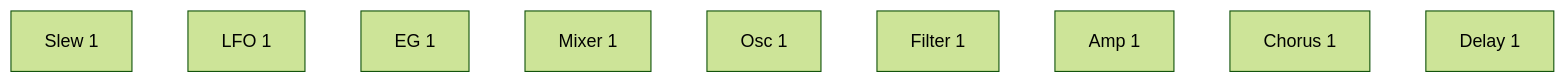
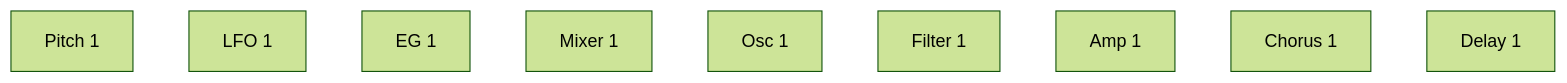
The second of 6 diagrams in spms1_type2/README.ja.md (risgk/midi_synthesizer_spms1), drawn with Mermaid (forest theme) before and after one commit. The commit also changed other lines of this file and 8 other files, not shown here.

First line of the commit message:
type-2: Rename Slew 1 to Pitch 1, and its Time to Portamento Time

````diff
--- a/spms1_type2/README.ja.md
+++ b/spms1_type2/README.ja.md
@@ -202,4 +202,4 @@
 ```mermaid
 flowchart LR
-  SLEW[Slew 1] ~~~ LFO[LFO 1] ~~~ EG[EG 1] ~~~ MIX1[Mixer 1] ~~~ OSC[Osc 1] ~~~ FILTER[Filter 1] ~~~ AMP[Amp 1] ~~~ CHORUS[Chorus 1] ~~~ DELAY[Delay 1]
+  PITCH[Pitch 1] ~~~ LFO[LFO 1] ~~~ EG[EG 1] ~~~ MIX1[Mixer 1] ~~~ OSC[Osc 1] ~~~ FILTER[Filter 1] ~~~ AMP[Amp 1] ~~~ CHORUS[Chorus 1] ~~~ DELAY[Delay 1]
 ```
````
